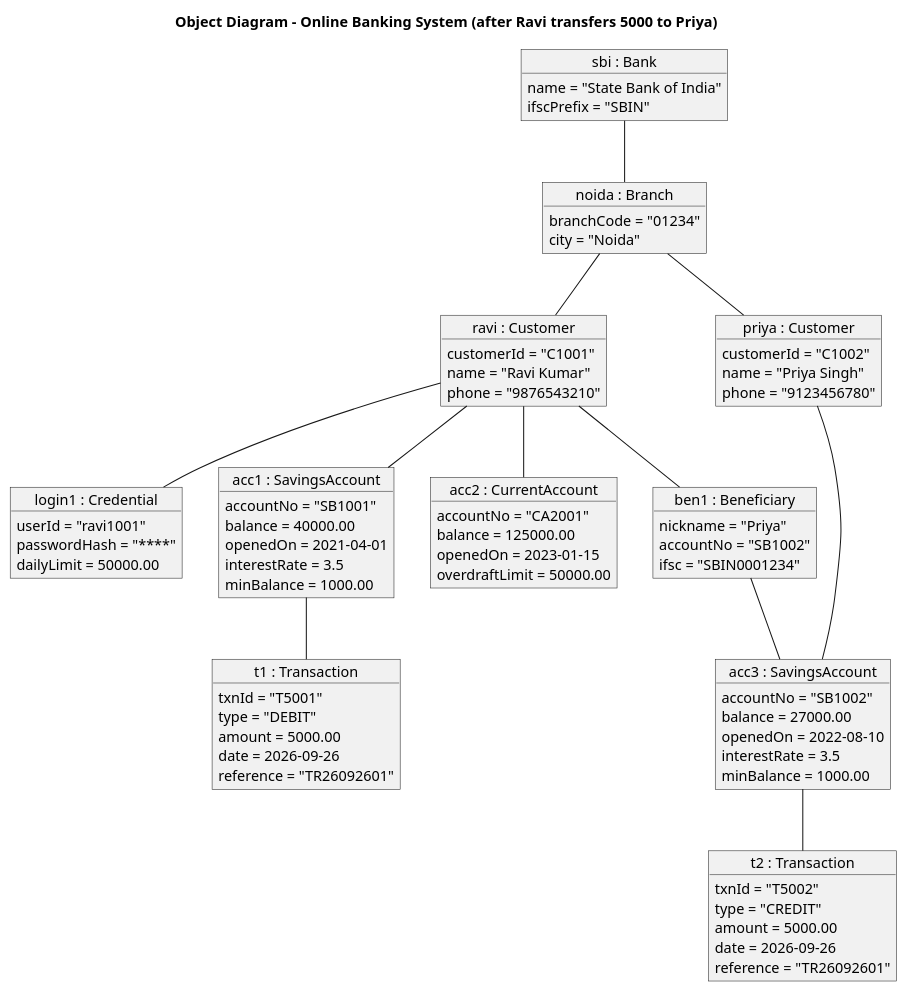
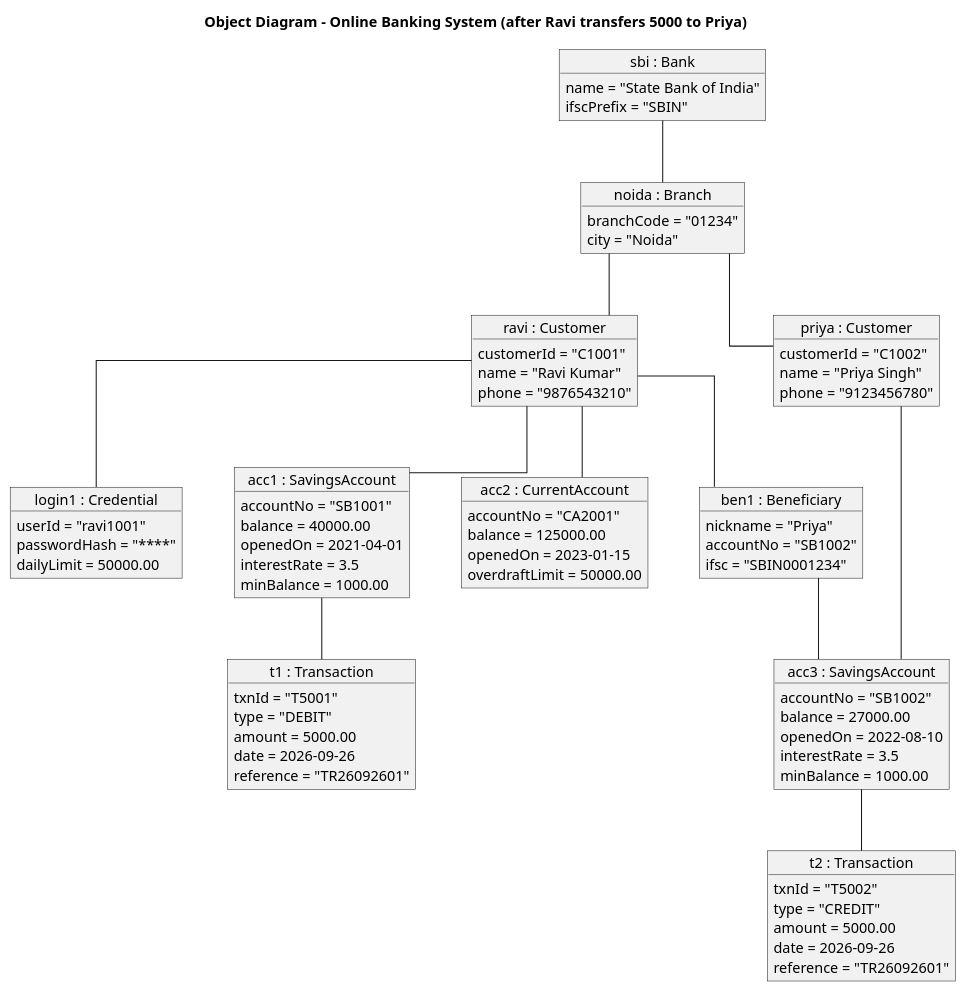
Before and after one commit to theetherGit/mca-ignou-labs: the diagram in public/code/mcsl-222/section-1/session-1/online_banking_object.puml, drawn with PlantUML. The commit also changed 33 other files, not shown here.

First line of the commit message:
feat(diagrams): print-legible layouts; wide pictures print sideways

```diff
--- a/public/code/mcsl-222/section-1/session-1/online_banking_object.puml
+++ b/public/code/mcsl-222/section-1/session-1/online_banking_object.puml
@@ -1,78 +1,81 @@
 @startuml
+skinparam linetype ortho
+skinparam nodesep 50
+skinparam ranksep 60
 title Object Diagram - Online Banking System (after Ravi transfers 5000 to Priya)
 
 object "sbi : Bank" as sbi {
   name = "State Bank of India"
   ifscPrefix = "SBIN"
 }
 object "noida : Branch" as noida {
   branchCode = "01234"
   city = "Noida"
 }
 object "ravi : Customer" as ravi {
   customerId = "C1001"
   name = "Ravi Kumar"
   phone = "9876543210"
 }
 object "priya : Customer" as priya {
   customerId = "C1002"
   name = "Priya Singh"
   phone = "9123456780"
 }
 object "login1 : Credential" as login1 {
   userId = "ravi1001"
   passwordHash = "****"
   dailyLimit = 50000.00
 }
 object "acc1 : SavingsAccount" as acc1 {
   accountNo = "SB1001"
   balance = 40000.00
   openedOn = 2021-04-01
   interestRate = 3.5
   minBalance = 1000.00
 }
 object "acc2 : CurrentAccount" as acc2 {
   accountNo = "CA2001"
   balance = 125000.00
   openedOn = 2023-01-15
   overdraftLimit = 50000.00
 }
 object "acc3 : SavingsAccount" as acc3 {
   accountNo = "SB1002"
   balance = 27000.00
   openedOn = 2022-08-10
   interestRate = 3.5
   minBalance = 1000.00
 }
 object "ben1 : Beneficiary" as ben1 {
   nickname = "Priya"
   accountNo = "SB1002"
   ifsc = "SBIN0001234"
 }
 object "t1 : Transaction" as t1 {
   txnId = "T5001"
   type = "DEBIT"
   amount = 5000.00
   date = 2026-09-26
   reference = "TR26092601"
 }
 object "t2 : Transaction" as t2 {
   txnId = "T5002"
   type = "CREDIT"
   amount = 5000.00
   date = 2026-09-26
   reference = "TR26092601"
 }
 
 sbi -- noida
 noida -- ravi
 noida -- priya
 ravi -- login1
 ravi -- acc1
 ravi -- acc2
 ravi -- ben1
 ben1 -- acc3
 priya -- acc3
 acc1 -- t1
 acc3 -- t2
 @enduml
```
